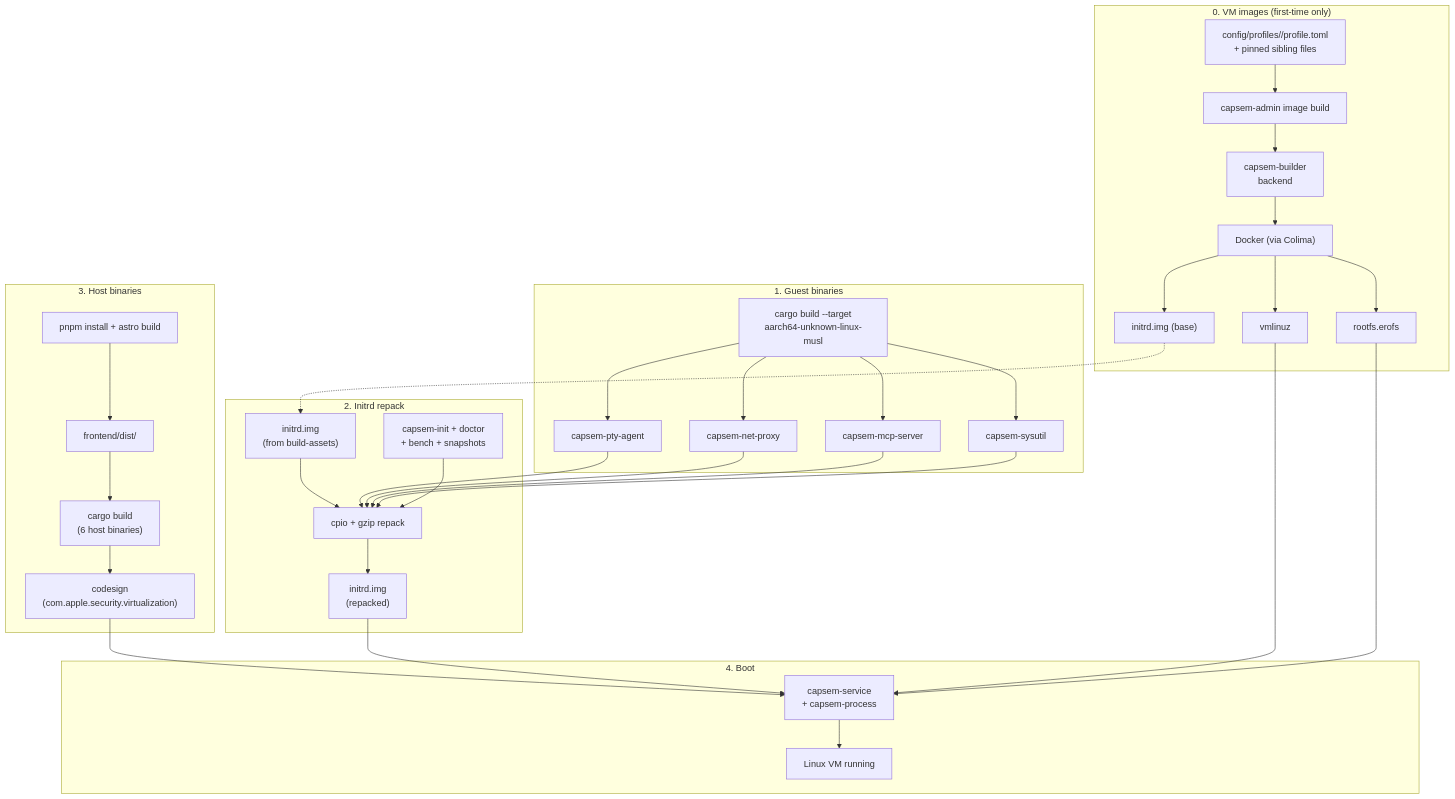
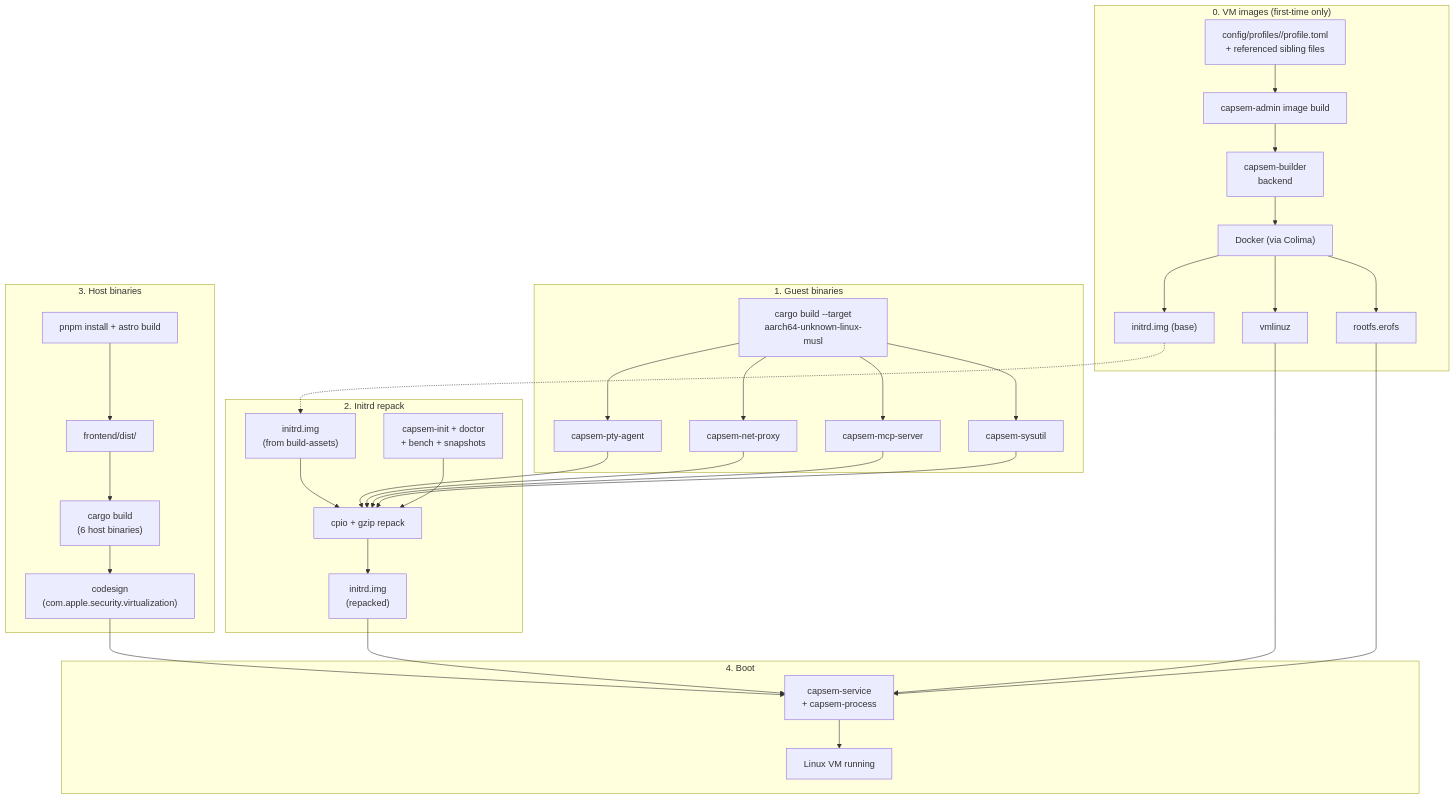
The first of 2 diagrams in docs/src/content/docs/development/stack.md (google/capsem), drawn with Mermaid before and after one commit. The commit also changed 11 other files, not shown here.

````diff
--- a/docs/src/content/docs/development/stack.md
+++ b/docs/src/content/docs/development/stack.md
@@ -12,50 +12,50 @@
 ```mermaid
 flowchart TD
     subgraph stage1["1. Guest binaries"]
         CARGO_CROSS["cargo build --target\naarch64-unknown-linux-musl"]
         AGENT["capsem-pty-agent"]
         NETPROXY["capsem-net-proxy"]
         MCP["capsem-mcp-server"]
         SYSUTIL["capsem-sysutil"]
         CARGO_CROSS --> AGENT & NETPROXY & MCP & SYSUTIL
     end
 
     subgraph stage2["2. Initrd repack"]
         INITRD_IN["initrd.img\n(from build-assets)"]
         SCRIPTS["capsem-init + doctor\n+ bench + snapshots"]
         REPACK["cpio + gzip repack"]
         INITRD_IN --> REPACK
         AGENT & NETPROXY & MCP & SYSUTIL --> REPACK
         SCRIPTS --> REPACK
         REPACK --> INITRD_OUT["initrd.img\n(repacked)"]
     end
 
     subgraph stage3["3. Host binaries"]
         PNPM["pnpm install + astro build"]
         DIST["frontend/dist/"]
         CARGO_HOST["cargo build\n(6 host binaries)"]
         PNPM --> DIST --> CARGO_HOST
         CARGO_HOST --> SIGN["codesign\n(com.apple.security.virtualization)"]
     end
 
     subgraph stage0["0. VM images (first-time only)"]
-        PROFILE["config/profiles/<id>/profile.toml\n+ pinned sibling files"]
+        PROFILE["config/profiles/<id>/profile.toml\n+ referenced sibling files"]
         ADMIN["capsem-admin image build"]
         BUILDER["capsem-builder\nbackend"]
         DOCKER["Docker (via Colima)"]
         PROFILE --> ADMIN --> BUILDER --> DOCKER
         DOCKER --> VMLINUZ["vmlinuz"]
         DOCKER --> ROOTFS["rootfs.erofs"]
         DOCKER --> INITRD_BASE["initrd.img (base)"]
     end
 
     INITRD_BASE -.-> INITRD_IN
 
     subgraph stage4["4. Boot"]
         SIGN --> BOOT["capsem-service\n+ capsem-process"]
         INITRD_OUT --> BOOT
         VMLINUZ --> BOOT
         ROOTFS --> BOOT
         BOOT --> VM["Linux VM running"]
     end
 ```
````
